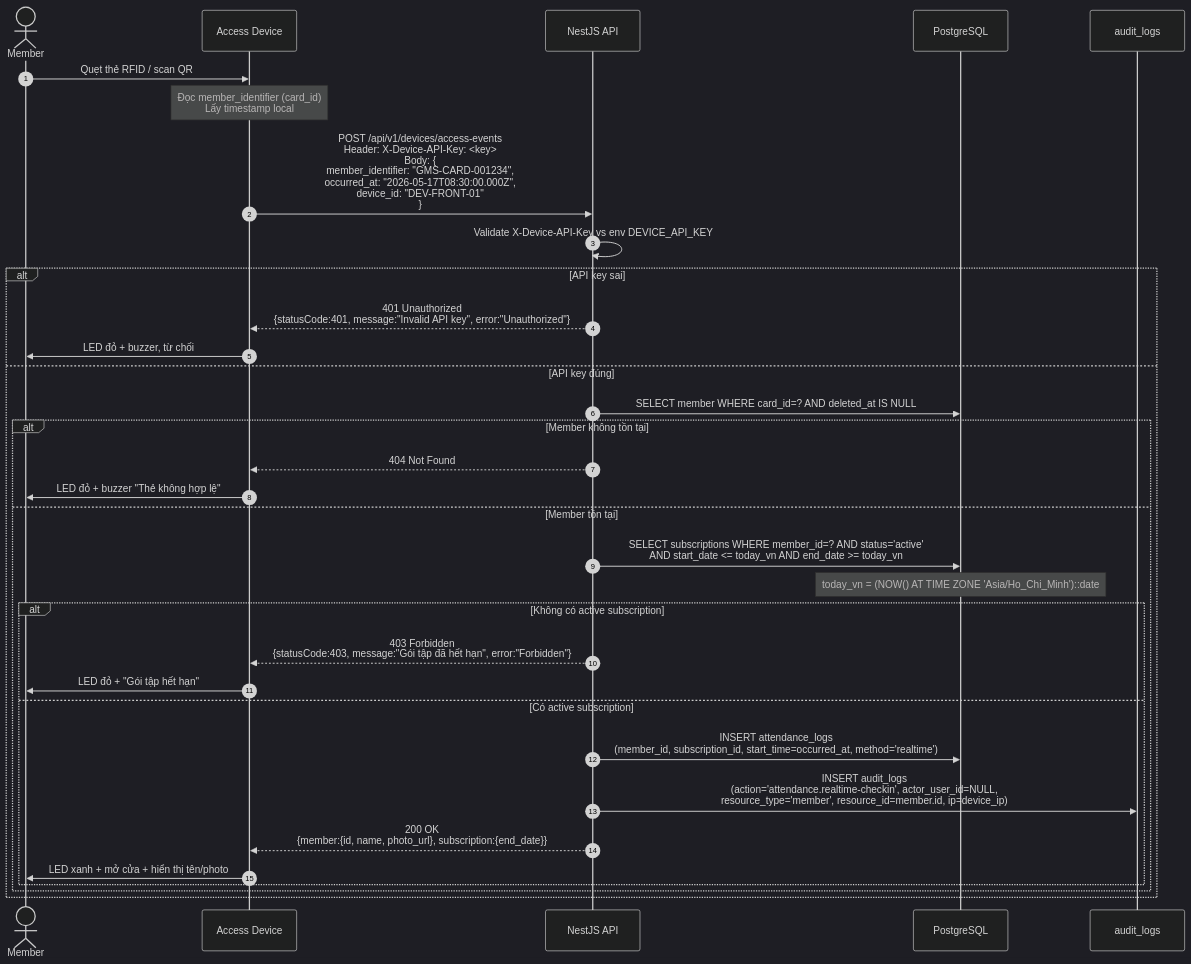
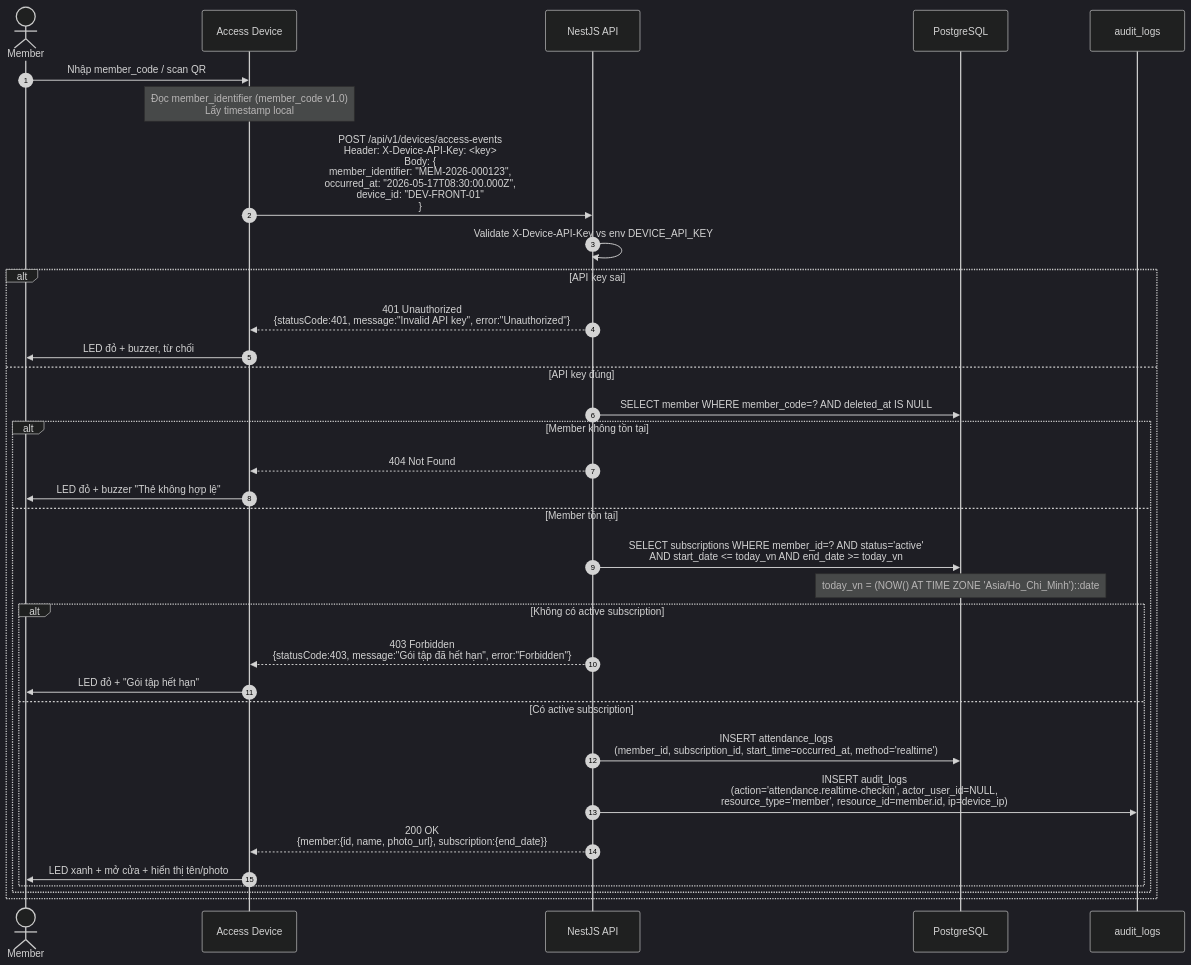
Before and after one commit to nhithedev/gym-management-system: the third of 5 diagrams in docs/Design/Architecture.md, drawn with Mermaid (dark theme). The commit also changed other lines of this file and 3 other files, not shown here.

First line of the commit message:
fix(design): resolve Architecture round 2/3 review findings

````diff
--- a/docs/Design/Architecture.md
+++ b/docs/Design/Architecture.md
@@ -209,36 +209,36 @@
 ```mermaid
 sequenceDiagram
     autonumber
     actor M as Member
     participant D as Access Device
     participant API as NestJS API
     participant DB as PostgreSQL
     participant AUDIT as audit_logs
 
-    M->>D: Quẹt thẻ RFID / scan QR
-    Note over D: Đọc member_identifier (card_id)<br/>Lấy timestamp local
-    D->>API: POST /api/v1/devices/access-events<br/>Header: X-Device-API-Key: <key><br/>Body: {<br/> member_identifier: "GMS-CARD-001234",<br/> occurred_at: "2026-05-17T08:30:00.000Z",<br/> device_id: "DEV-FRONT-01"<br/>}
+    M->>D: Nhập member_code / scan QR
+    Note over D: Đọc member_identifier (member_code v1.0)<br/>Lấy timestamp local
+    D->>API: POST /api/v1/devices/access-events<br/>Header: X-Device-API-Key: <key><br/>Body: {<br/> member_identifier: "MEM-2026-000123",<br/> occurred_at: "2026-05-17T08:30:00.000Z",<br/> device_id: "DEV-FRONT-01"<br/>}
     API->>API: Validate X-Device-API-Key vs env DEVICE_API_KEY
     alt API key sai
         API-->>D: 401 Unauthorized<br/>{statusCode:401, message:"Invalid API key", error:"Unauthorized"}
         D->>M: LED đỏ + buzzer, từ chối
     else API key đúng
-        API->>DB: SELECT member WHERE card_id=? AND deleted_at IS NULL
+        API->>DB: SELECT member WHERE member_code=? AND deleted_at IS NULL
         alt Member không tồn tại
             API-->>D: 404 Not Found
             D->>M: LED đỏ + buzzer "Thẻ không hợp lệ"
         else Member tồn tại
             API->>DB: SELECT subscriptions WHERE member_id=? AND status='active'<br/>AND start_date <= today_vn AND end_date >= today_vn
             Note over DB: today_vn = (NOW() AT TIME ZONE 'Asia/Ho_Chi_Minh')::date
             alt Không có active subscription
                 API-->>D: 403 Forbidden<br/>{statusCode:403, message:"Gói tập đã hết hạn", error:"Forbidden"}
                 D->>M: LED đỏ + "Gói tập hết hạn"
             else Có active subscription
                 API->>DB: INSERT attendance_logs<br/>(member_id, subscription_id, start_time=occurred_at, method='realtime')
                 API->>AUDIT: INSERT audit_logs<br/>(action='attendance.realtime-checkin', actor_user_id=NULL,<br/>resource_type='member', resource_id=member.id, ip=device_ip)
                 API-->>D: 200 OK<br/>{member:{id, name, photo_url}, subscription:{end_date}}
                 D->>M: LED xanh + mở cửa + hiển thị tên/photo
             end
         end
     end
 ```
````
